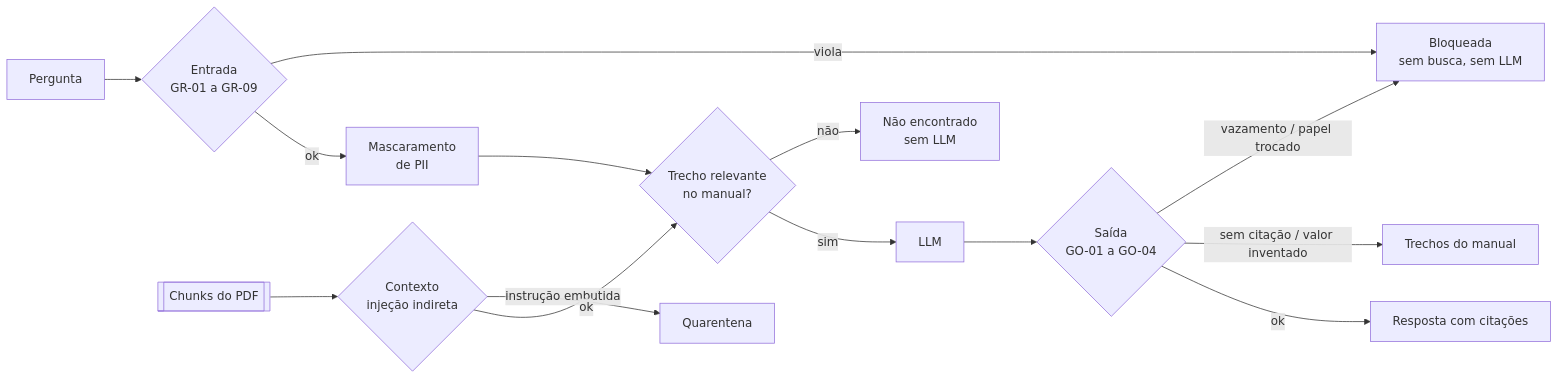
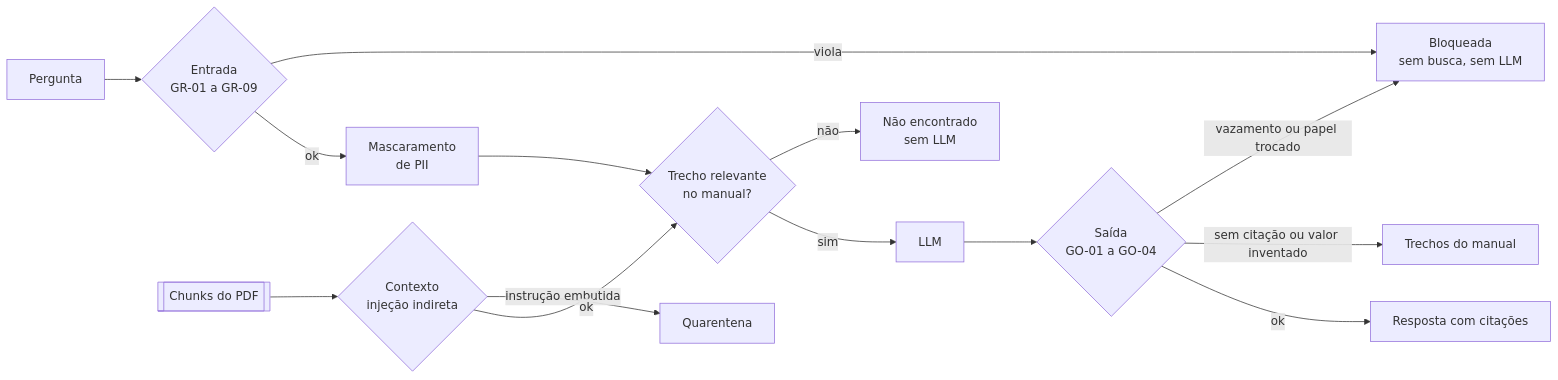
The second of 4 diagrams in README.md (marcoaadc/datathon-fase5-copilot-suporte), drawn with Mermaid before and after one commit. The commit also changed other lines of this file and 3 other files, not shown here.

Commit message:
docs: estado real da verificacao do Docker e do CI e diagramas com rotulos entre aspas

````diff
--- a/README.md
+++ b/README.md
@@ -428,14 +428,14 @@
 ```mermaid
 flowchart LR
     Q[Pergunta] --> A{"Entrada<br/>GR-01 a GR-09"}
-    A -- viola --> B[Bloqueada<br/>sem busca, sem LLM]
-    A -- ok --> C[Mascaramento<br/>de PII] --> D{"Trecho relevante<br/>no manual?"}
-    D -- não --> E[Não encontrado<br/>sem LLM]
+    A -- viola --> B["Bloqueada<br/>sem busca, sem LLM"]
+    A -- ok --> C["Mascaramento<br/>de PII"] --> D{"Trecho relevante<br/>no manual?"}
+    D -- não --> E["Não encontrado<br/>sem LLM"]
     D -- sim --> F[LLM] --> G{"Saída<br/>GO-01 a GO-04"}
-    G -- vazamento / papel trocado --> B
-    G -- sem citação / valor inventado --> H[Trechos do manual]
+    G -- "vazamento ou papel trocado" --> B
+    G -- "sem citação ou valor inventado" --> H[Trechos do manual]
     G -- ok --> I[Resposta com citações]
     PDF[[Chunks do PDF]] --> K{"Contexto<br/>injeção indireta"}
     K -- instrução embutida --> L[Quarentena]
     K -- ok --> D
 ```
````
